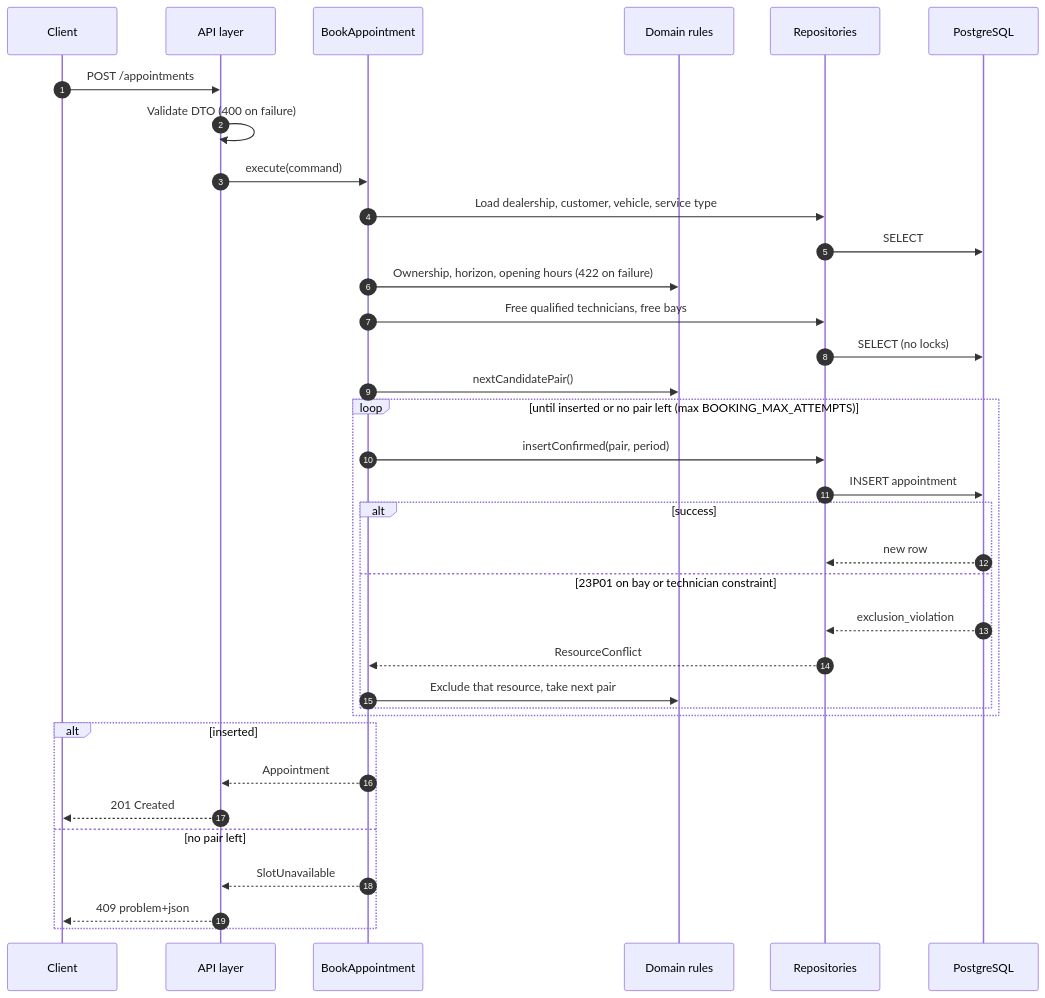
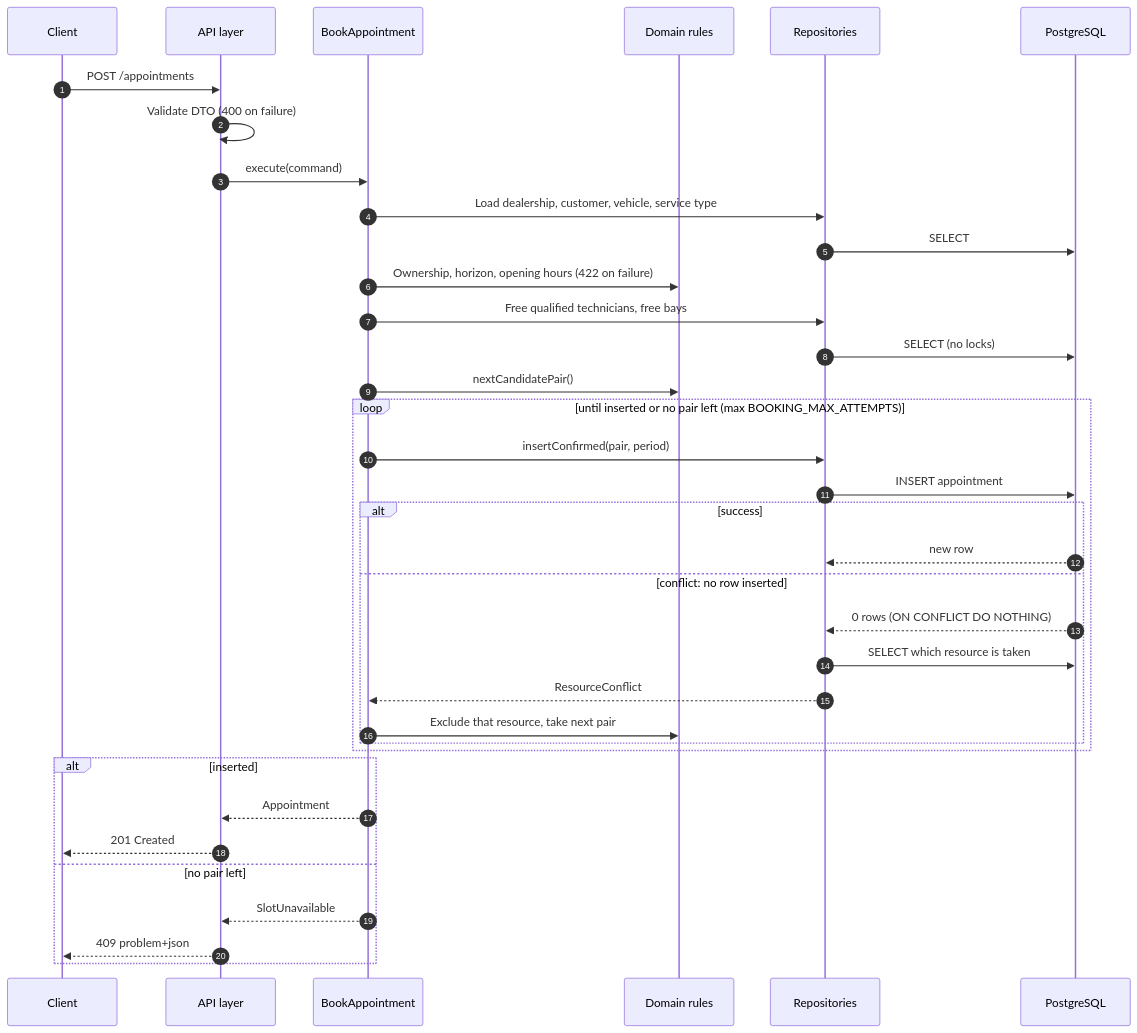
The second of 2 diagrams in docs/implementation-guide.md (jeremy-dev-89/service-scheduler), drawn with Mermaid before and after one commit. The commit also changed other lines of this file and 8 other files, not shown here.

````diff
--- a/docs/implementation-guide.md
+++ b/docs/implementation-guide.md
@@ -452,37 +453,38 @@
 ```mermaid
 sequenceDiagram
   autonumber
   participant C as Client
   participant API as API layer
   participant UC as BookAppointment
   participant D as Domain rules
   participant R as Repositories
   participant DB as PostgreSQL
   C->>API: POST /appointments
   API->>API: Validate DTO (400 on failure)
   API->>UC: execute(command)
   UC->>R: Load dealership, customer, vehicle, service type
   R->>DB: SELECT
   UC->>D: Ownership, horizon, opening hours (422 on failure)
   UC->>R: Free qualified technicians, free bays
   R->>DB: SELECT (no locks)
   UC->>D: nextCandidatePair()
   loop until inserted or no pair left (max BOOKING_MAX_ATTEMPTS)
     UC->>R: insertConfirmed(pair, period)
     R->>DB: INSERT appointment
     alt success
       DB-->>R: new row
-    else 23P01 on bay or technician constraint
-      DB-->>R: exclusion_violation
+    else conflict: no row inserted
+      DB-->>R: 0 rows (ON CONFLICT DO NOTHING)
+      R->>DB: SELECT which resource is taken
       R-->>UC: ResourceConflict
       UC->>D: Exclude that resource, take next pair
     end
   end
   alt inserted
     UC-->>API: Appointment
     API-->>C: 201 Created
   else no pair left
     UC-->>API: SlotUnavailable
     API-->>C: 409 problem+json
   end
 ```
````
